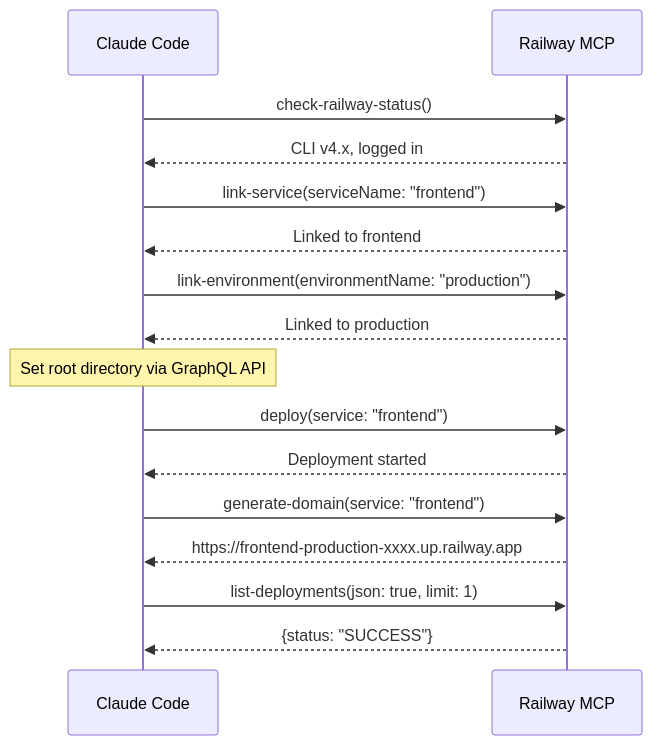
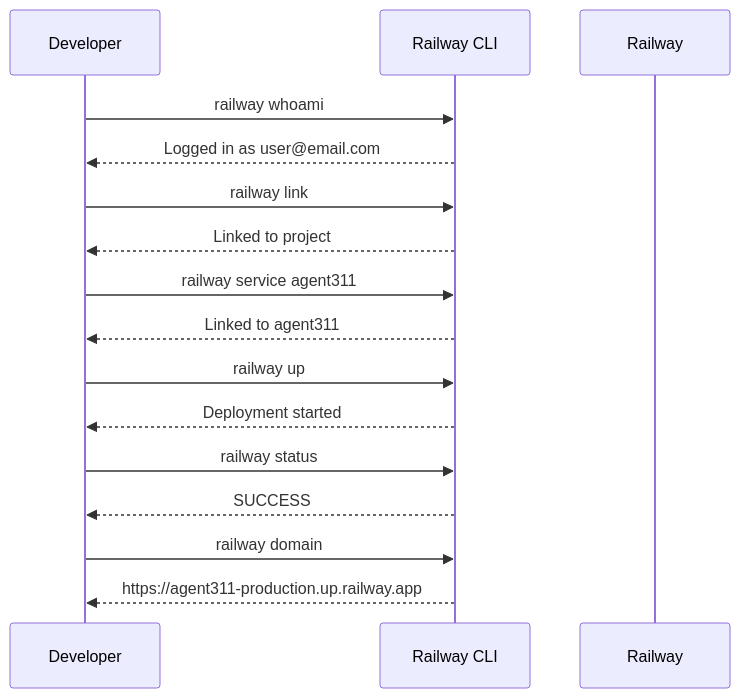
Before and after one commit to fkatelyn/agent311: the second of 2 diagrams in docs/railway-deployment-guide.md, drawn with Mermaid. The commit also changed other lines of this file and 2 other files, not shown here.

Commit message:
Clean up Railway docs: remove MCP references, update frontend name

````diff
--- a/docs/railway-deployment-guide.md
+++ b/docs/railway-deployment-guide.md
@@ -687,25 +366,24 @@
 ```mermaid
 sequenceDiagram
-    participant C as Claude Code
-    participant R as Railway MCP
+    participant D as Developer
+    participant CLI as Railway CLI
+    participant R as Railway
 
-    C->>R: check-railway-status()
-    R-->>C: CLI v4.x, logged in
+    D->>CLI: railway whoami
+    CLI-->>D: Logged in as user@email.com
 
-    C->>R: link-service(serviceName: "frontend")
-    R-->>C: Linked to frontend
+    D->>CLI: railway link
+    CLI-->>D: Linked to project
 
-    C->>R: link-environment(environmentName: "production")
-    R-->>C: Linked to production
+    D->>CLI: railway service agent311
+    CLI-->>D: Linked to agent311
 
-    Note over C: Set root directory via GraphQL API
+    D->>CLI: railway up
+    CLI-->>D: Deployment started
 
-    C->>R: deploy(service: "frontend")
-    R-->>C: Deployment started
+    D->>CLI: railway status
+    CLI-->>D: SUCCESS
 
-    C->>R: generate-domain(service: "frontend")
-    R-->>C: https://frontend-production-xxxx.up.railway.app
-
-    C->>R: list-deployments(json: true, limit: 1)
-    R-->>C: {status: "SUCCESS"}
+    D->>CLI: railway domain
+    CLI-->>D: https://agent311-production.up.railway.app
 ```
````
